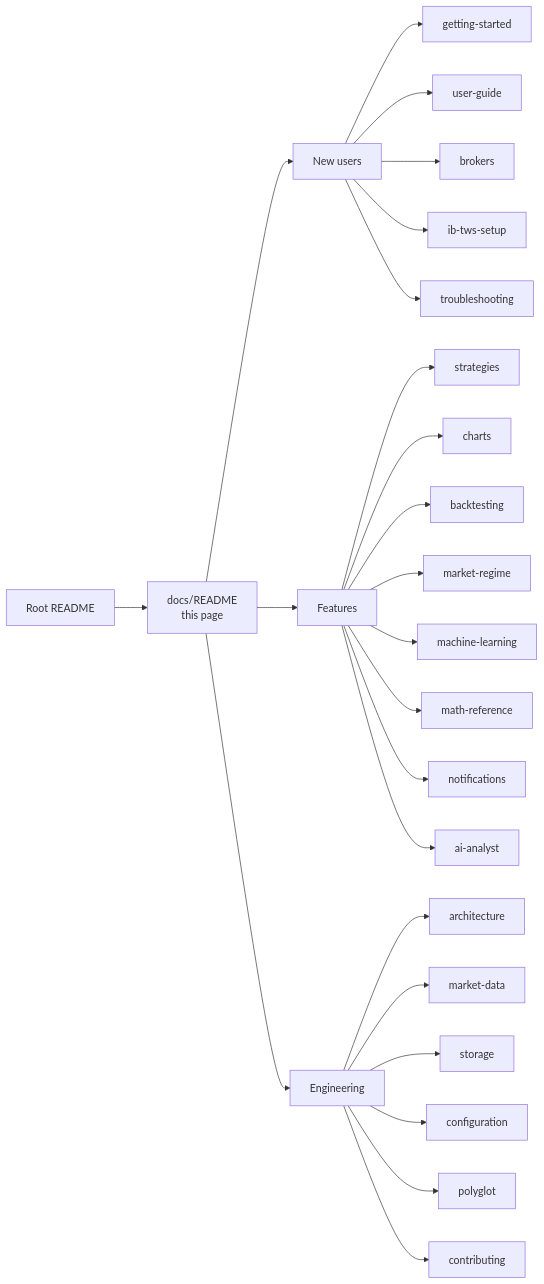
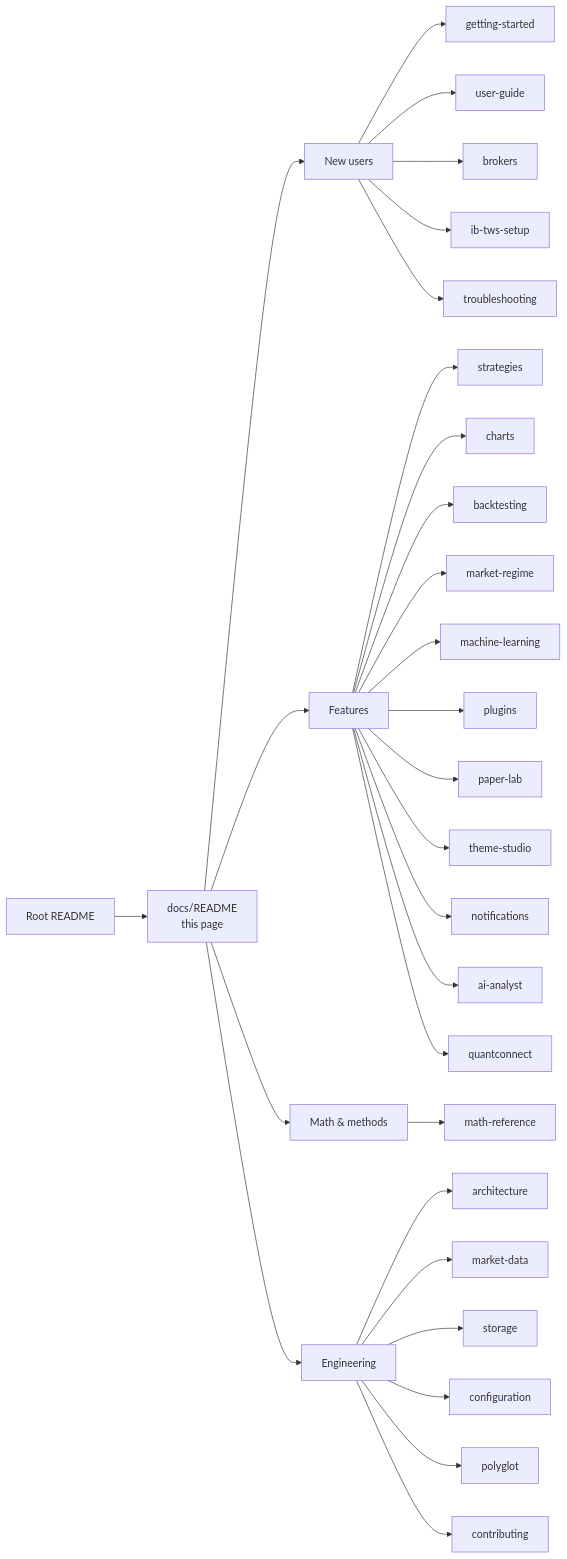
The diagram in docs/README.md (dhruuvsharma/DaxAlgo-Terminal), drawn with Mermaid before and after one commit. The commit also changed other lines of this file and 22 other files, not shown here.

````diff
--- a/docs/README.md
+++ b/docs/README.md
@@ -9,29 +16,35 @@
 ```mermaid
 flowchart LR
     Root[Root README] --> Index[docs/README<br/>this page]
     Index --> New[New users]
     Index --> Feat[Features]
+    Index --> Math[Math & methods]
     Index --> Eng[Engineering]
 
     New --> GS[getting-started]
     New --> UG[user-guide]
     New --> BRK[brokers]
     New --> IBTWS[ib-tws-setup]
     New --> TS[troubleshooting]
 
     Feat --> STR[strategies]
     Feat --> CH[charts]
     Feat --> BT[backtesting]
     Feat --> MR[market-regime]
     Feat --> MLD[machine-learning]
-    Feat --> MATH[math-reference]
+    Feat --> PLG[plugins]
+    Feat --> PL[paper-lab]
+    Feat --> TH[theme-studio]
     Feat --> NOT[notifications]
     Feat --> AID[ai-analyst]
+    Feat --> QC[quantconnect]
+
+    Math --> MATH[math-reference]
 
     Eng --> ARCH[architecture]
     Eng --> MD[market-data]
     Eng --> ST[storage]
     Eng --> CFG[configuration]
     Eng --> POLY[polyglot]
     Eng --> CONTRIB[contributing]
 ```
````
